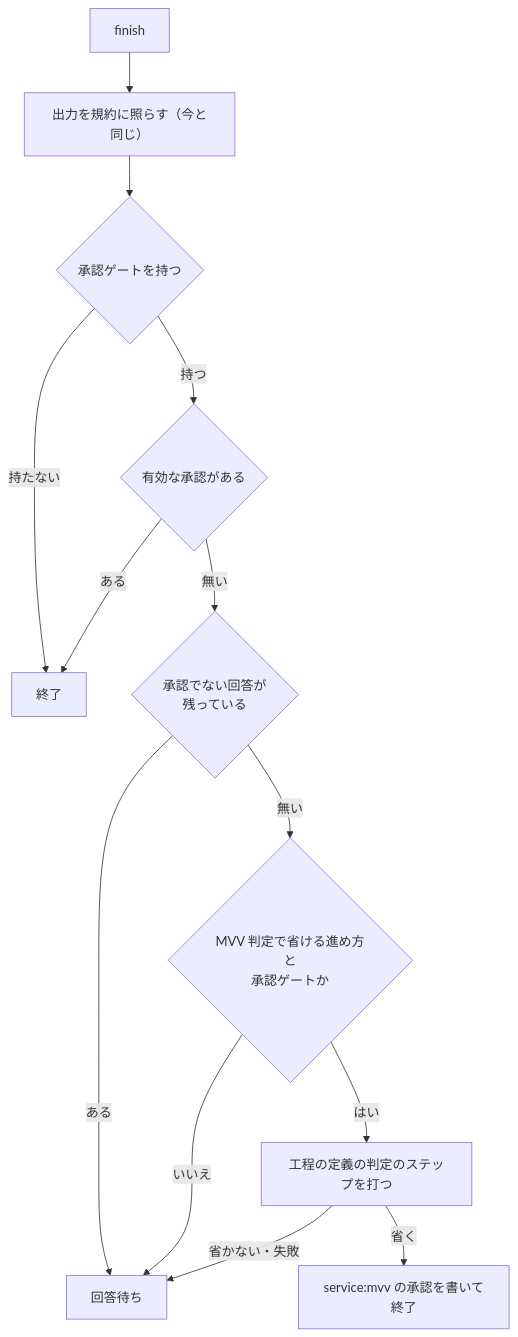
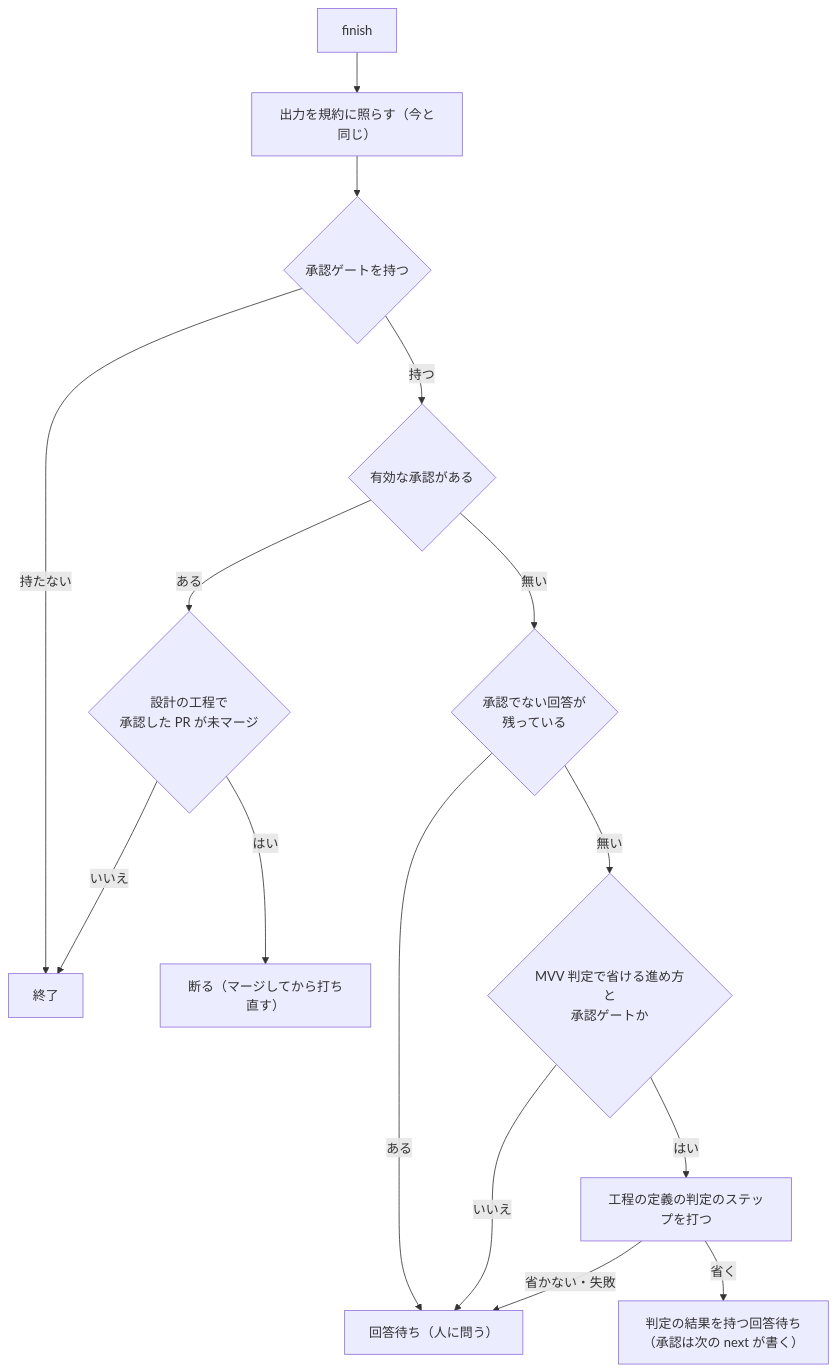
The fifth of 5 diagrams in issues/issue-4520-design.md (devbasex/ai-plugins), drawn with Mermaid before and after one commit. The commit also changed other lines of this file and 3 other files, not shown here.

````diff
--- a/issues/issue-4520-design.md
+++ b/issues/issue-4520-design.md
@@ -202,15 +248,17 @@
 ```mermaid
 graph TD
   F["finish"] --> O["出力を規約に照らす（今と同じ）"]
   O --> G{"承認ゲートを持つ"}
   G -- "持たない" --> DONE["終了"]
   G -- "持つ" --> A{"有効な承認がある"}
-  A -- "ある" --> DONE
+  A -- "ある" --> M{"設計の工程で<br/>承認した PR が未マージ"}
+  M -- "はい" --> R["断る（マージしてから打ち直す）"]
+  M -- "いいえ" --> DONE
   A -- "無い" --> N{"承認でない回答が<br/>残っている"}
-  N -- "ある" --> H
+  N -- "ある" --> H["回答待ち（人に問う）"]
   N -- "無い" --> V{"MVV 判定で省ける進め方と<br/>承認ゲートか"}
-  V -- "いいえ" --> H["回答待ち"]
+  V -- "いいえ" --> H
   V -- "はい" --> J["工程の定義の判定のステップを打つ"]
-  J -- "省く" --> S["service:mvv の承認を書いて終了"]
+  J -- "省く" --> S["判定の結果を持つ回答待ち<br/>（承認は次の next が書く）"]
   J -- "省かない・失敗" --> H
 ```
````
